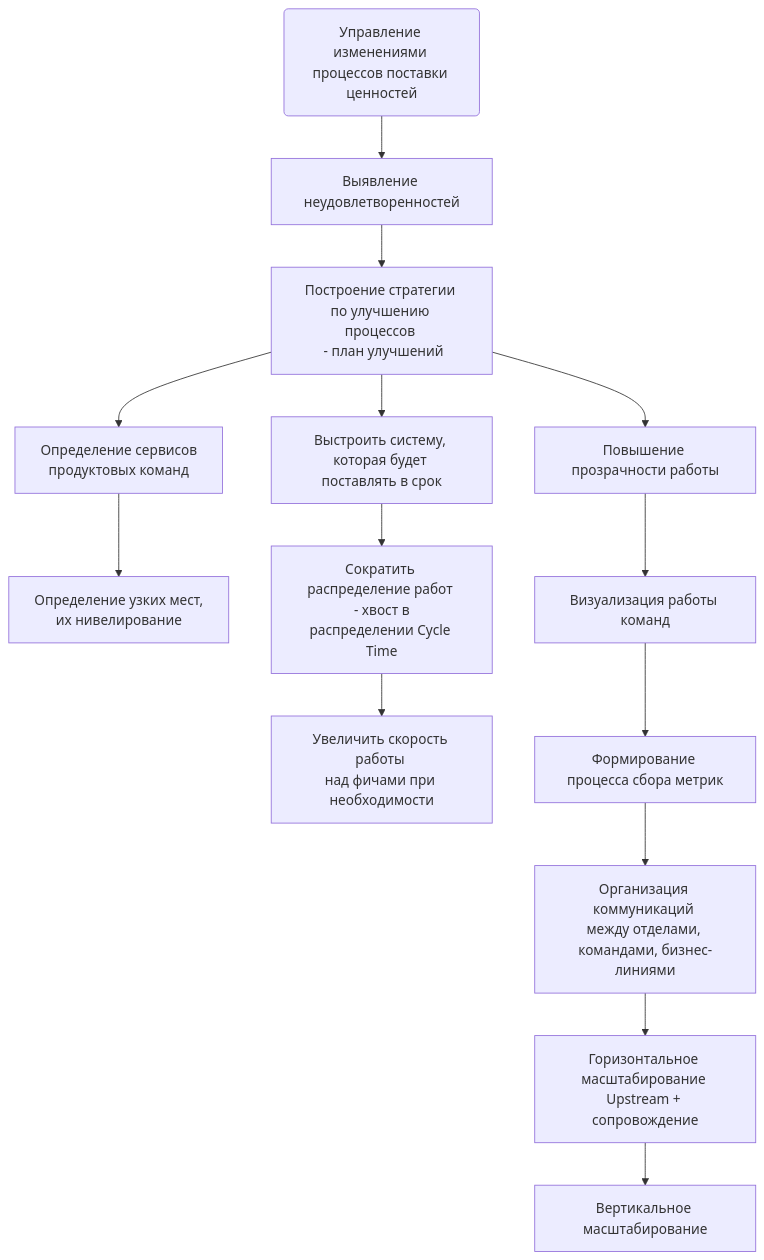
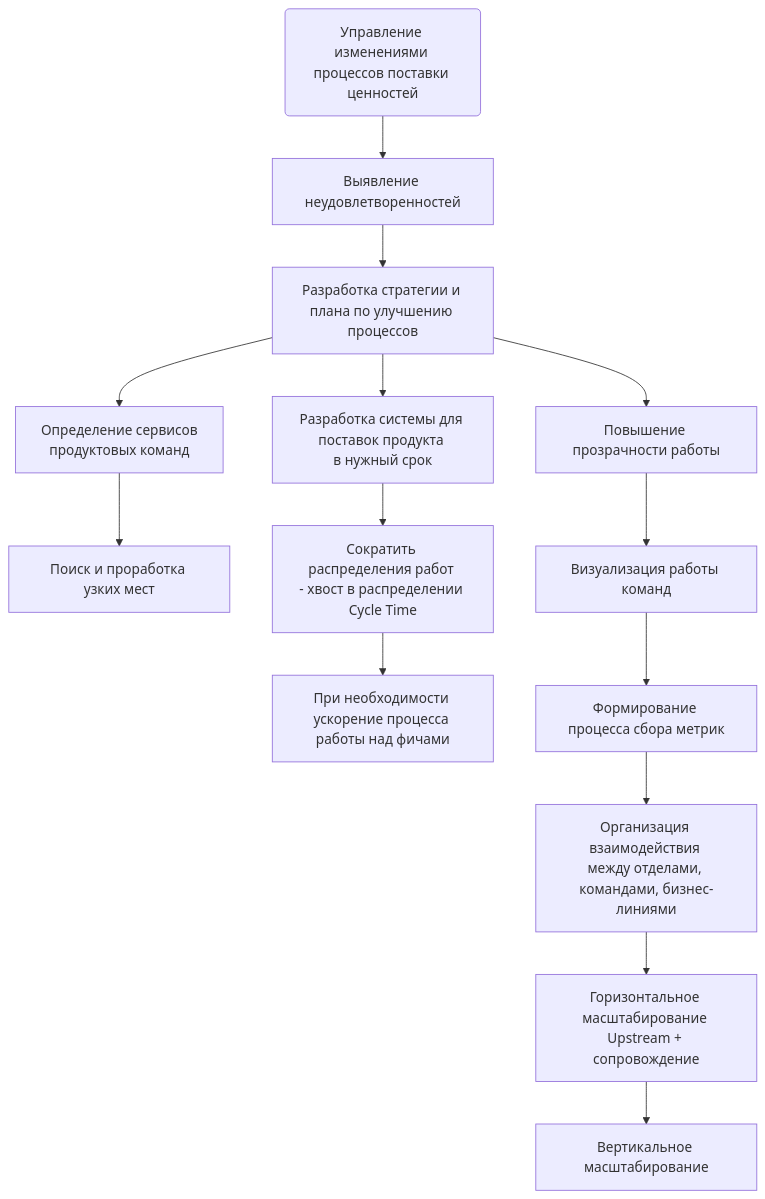
Before and after one commit to Tinkoff/dm-knowledgebase: the second of 3 diagrams in docs/profession/about.md, drawn with Mermaid. The commit also changed other lines of this file and 7 other files, not shown here.

````diff
--- a/docs/profession/about.md
+++ b/docs/profession/about.md
@@ -30,16 +30,16 @@
 ```mermaid
 graph TD
     A(Управление изменениями процессов поставки ценностей) --> B[Выявление неудовлетворенностей]
-    B --> C[Построение стратегии по улучшению процессов <br> - план улучшений]
-    C --> D[Определение сервисов <br> продуктовых команд]
-    D --> D1[Определение узких мест, <br>их нивелирование]
-    C --> E[Выстроить систему, которая будет <br>поставлять в срок]
-    E --> E1[Сократить распределение работ <br> - хвост в распределении Cycle Time]
-    E1 --> E2[Увеличить скорость работы <br>над фичами при необходимости]
+    B --> C[Разработка стратегии и плана по улучшению процессов]
+    C --> D[Определение сервисов <br>продуктовых команд]
+    D --> D1[Поиск и проработка узких мест]
+    C --> E[Разработка системы для поставок продукта <br>в нужный срок]
+    E --> E1[Сократить распределения работ <br>- хвост в распределении Cycle Time]
+    E1 --> E2[При необходимости <br>ускорение процесса работы над фичами]
     C --> F[Повышение прозрачности работы]
     F --> F1[Визуализация работы команд]
     F1 --> F2[Формирование процесса сбора метрик]
-    F2 --> F3[Организация коммуникаций <br>между отделами, <br>командами, бизнес-линиями]
+    F2 --> F3[Организация взаимодействия <br>между отделами, командами, бизнес-линиями]
     F3 --> F4[Горизонтальное масштабирование <br>Upstream + сопровождение]
     F4 --> F5[Вертикальное масштабирование]
 ```
````
